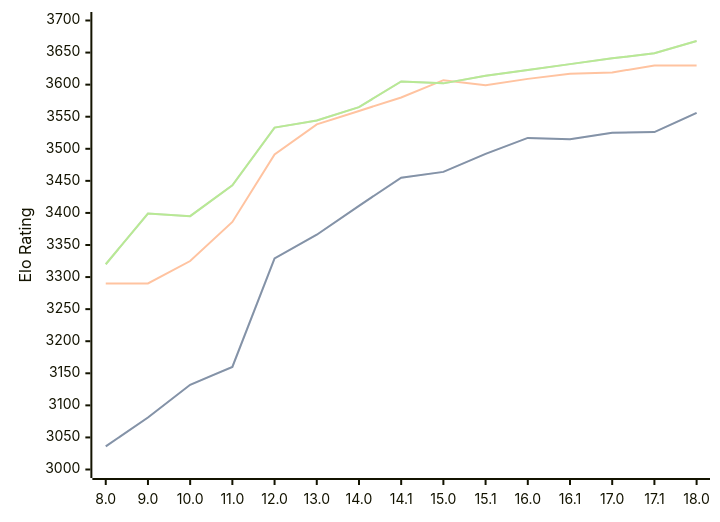
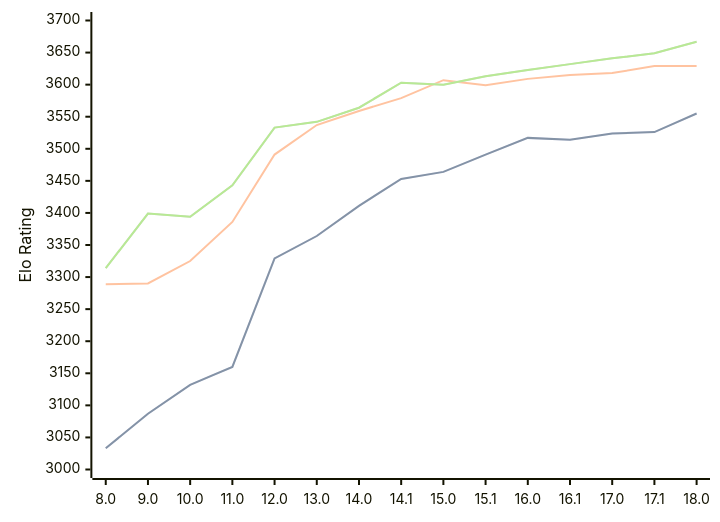
One commit to computer-chess-index/cci changed the diagram in engines/Stockfish.md. Above: the diagram before and after it, drawn with Mermaid. The commit also changed other lines of this file, not shown here.

Commit message:
Update CCI Ratings (ELO VLTC) - 2026-02-28

````diff
--- a/engines/Stockfish.md
+++ b/engines/Stockfish.md
@@ -44,11 +44,11 @@
 ```mermaid
 %%{init: {"theme":"base","themeVariables":{"seriesColors:['#a3a3a3','#222221','#faa371']}}}%%
 xychart-beta
   x-axis ["8.0", "9.0", "10.0", "11.0", "12.0", "13.0", "14.0", "14.1", "15.0", "15.1", "16.0", "16.1", "17.0", "17.1", "18.0"]
   y-axis "Elo Rating" 3000 --> 3700
-  line "STC (8.0+0.08s)" [3036, 3081, 3132, 3160, 3329, 3366, 3411, 3455, 3464, 3492, 3517, 3515, 3525, 3526, 3556]
-  line "STC (8.0+0.08s)" [3036, 3081, 3132, 3160, 3329, 3366, 3411, 3455, 3464, 3492, 3517, 3515, 3525, 3526, 3556]
-  line "LTC (60.0+0.60s)" [3290, 3290, 3325, 3386, 3491, 3538, 3559, 3580, 3607, 3599, 3609, 3617, 3619, 3630, 3630]
-  line "VLTC (2m24s+1.12s)" [3320, 3399, 3395, 3443, 3533, 3544, 3565, 3605, 3602, 3614, 3623, 3632, 3641, 3649, 3668]
-  line "VLTC (2m24s+1.12s)" [3320, 3399, 3395, 3443, 3533, 3544, 3565, 3605, 3602, 3614, 3623, 3632, 3641, 3649, 3668]
+  line "STC (8.0+0.08s)" [3033, 3087, 3132, 3160, 3329, 3364, 3411, 3453, 3464, 3491, 3517, 3514, 3524, 3526, 3555]
+  line "STC (8.0+0.08s)" [3033, 3087, 3132, 3160, 3329, 3364, 3411, 3453, 3464, 3491, 3517, 3514, 3524, 3526, 3555]
+  line "LTC (60.0+0.60s)" [3289, 3290, 3325, 3386, 3491, 3537, 3559, 3579, 3607, 3599, 3609, 3615, 3618, 3629, 3629]
+  line "VLTC (2m24s+1.12s)" [3314, 3399, 3394, 3443, 3533, 3542, 3564, 3603, 3600, 3613, 3623, 3632, 3641, 3649, 3667]
+  line "VLTC (2m24s+1.12s)" [3314, 3399, 3394, 3443, 3533, 3542, 3564, 3603, 3600, 3613, 3623, 3632, 3641, 3649, 3667]
 ```
````
